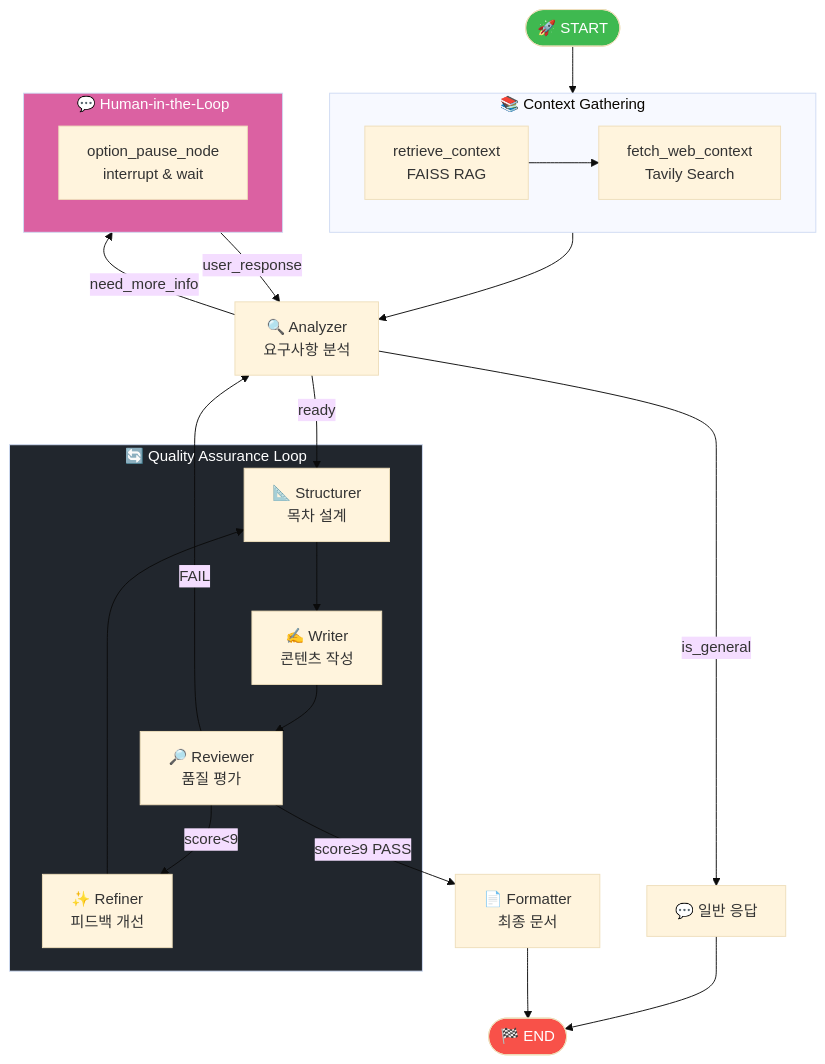
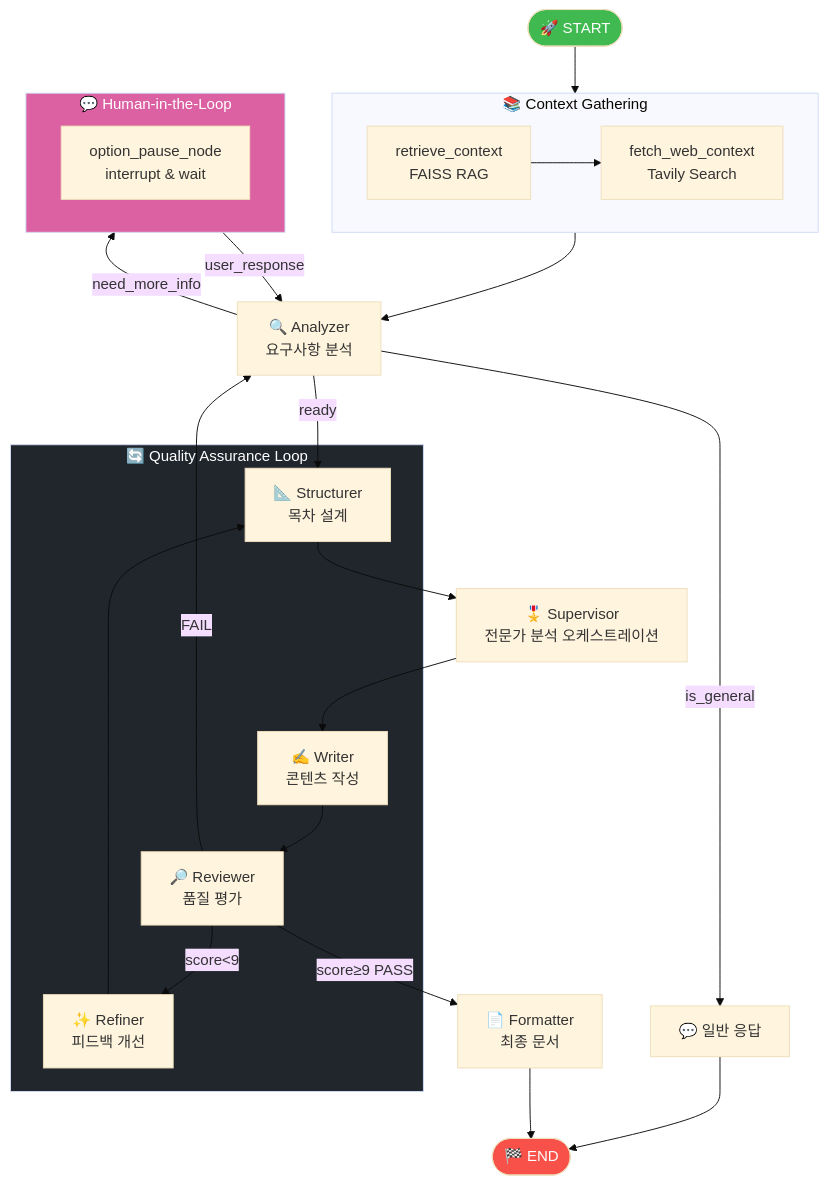
The second of 9 diagrams in docs/MULTI_AGENT_DIAGRAM.md (skyasu2/multi-agent-python), drawn with Mermaid before and after one commit. The commit also changed other lines of this file and 2 other files, not shown here.

First line of the commit message:
docs: Update diagrams and improve chat response prompt

````diff
--- a/docs/MULTI_AGENT_DIAGRAM.md
+++ b/docs/MULTI_AGENT_DIAGRAM.md
@@ -68,47 +68,48 @@
 ```mermaid
 %%{init: {'theme': 'base'}}%%
 
 flowchart TD
     START([🚀 START]) --> CONTEXT
     
     subgraph CONTEXT["📚 Context Gathering"]
         RAG[retrieve_context<br/>FAISS RAG]
         WEB[fetch_web_context<br/>Tavily Search]
         RAG --> WEB
     end
     
     CONTEXT --> ANALYZE[🔍 Analyzer<br/>요구사항 분석]
     
     ANALYZE -->|need_more_info| HITL
     ANALYZE -->|is_general| GENERAL[💬 일반 응답]
     ANALYZE -->|ready| STRUCTURE
     
     subgraph HITL["💬 Human-in-the-Loop"]
         OPTION[option_pause_node<br/>interrupt & wait]
     end
     
     HITL -->|user_response| ANALYZE
     GENERAL --> END_NODE
-    
-    STRUCTURE[📐 Structurer<br/>목차 설계] --> WRITE
-    
+
+    STRUCTURE[📐 Structurer<br/>목차 설계] --> SPECIALISTS
+    SPECIALISTS[🎖️ Supervisor<br/>전문가 분석 오케스트레이션] --> WRITE
+
     subgraph QA_LOOP["🔄 Quality Assurance Loop"]
         WRITE[✍️ Writer<br/>콘텐츠 작성]
         REVIEW[🔎 Reviewer<br/>품질 평가]
         REFINE[✨ Refiner<br/>피드백 개선]
         
         WRITE --> REVIEW
         REVIEW -->|score<9| REFINE
         REFINE --> STRUCTURE
     end
     
     REVIEW -->|score≥9 PASS| FORMAT[📄 Formatter<br/>최종 문서]
     REVIEW -->|FAIL| ANALYZE
     
     FORMAT --> END_NODE([🏁 END])
     
     style START fill:#3fb950,color:#fff
     style END_NODE fill:#f85149,color:#fff
     style HITL fill:#db61a2,color:#fff
     style QA_LOOP fill:#21262d,color:#fff
 ```
````
